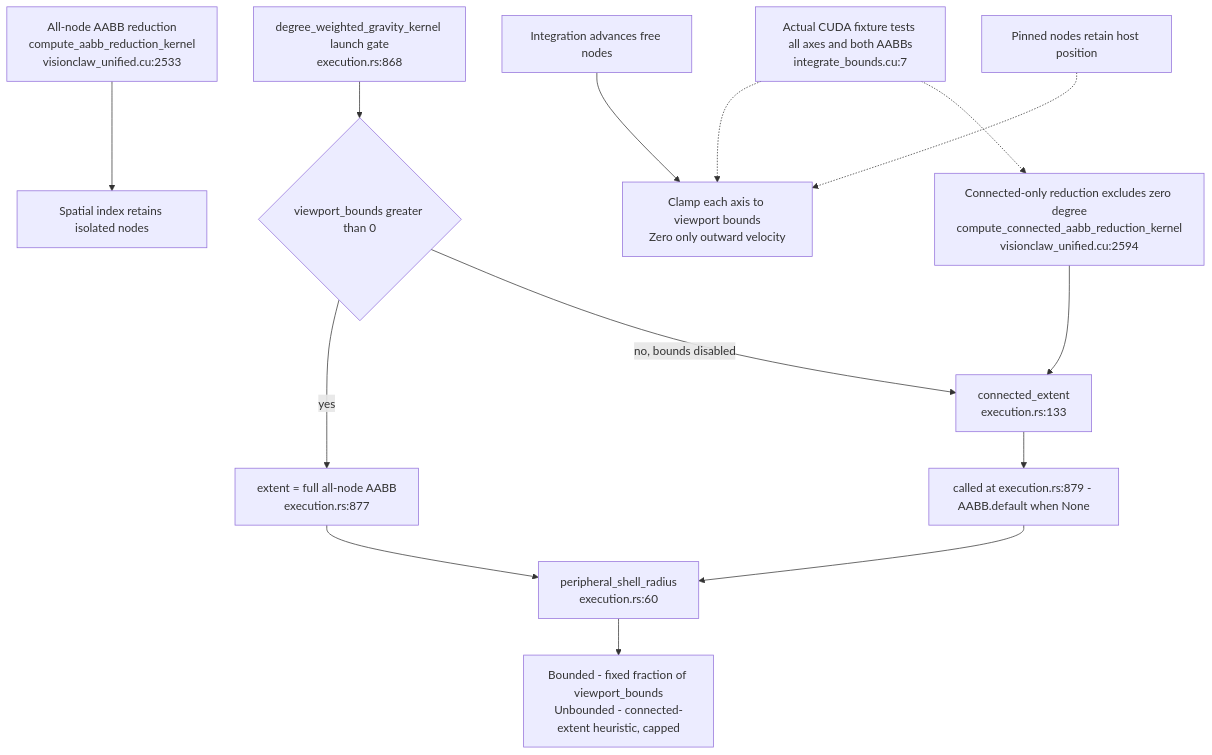
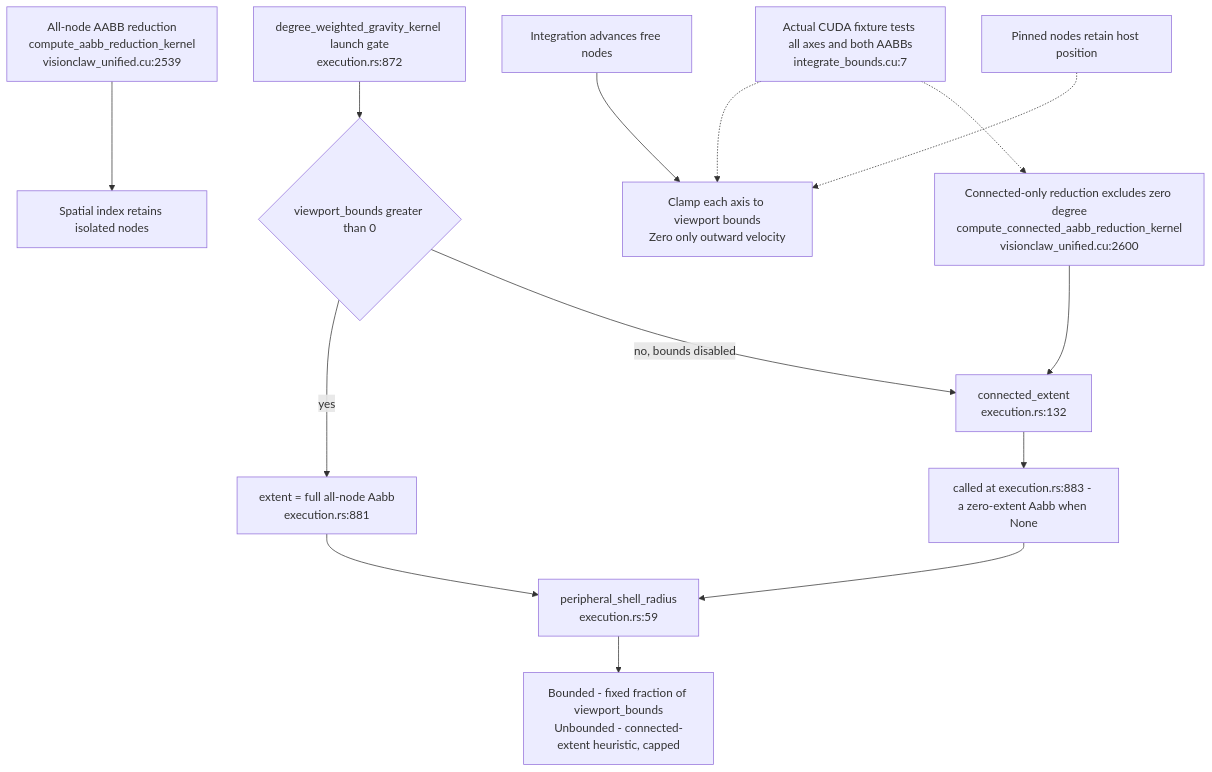
One commit to DreamLab-AI/VisionFlow changed the eighth of 8 diagrams in docs/diagrams/visionclaw/11-physics-step-and-force-channels.md. Above: the diagram before and after it, drawn with Mermaid. The commit also changed other lines of this file and 160 other files, not shown here.

````diff
--- a/docs/diagrams/visionclaw/11-physics-step-and-force-channels.md
+++ b/docs/diagrams/visionclaw/11-physics-step-and-force-channels.md
@@ -296,16 +315,16 @@
 ```mermaid
 flowchart TD
-    All["All-node AABB reduction<br/>compute_aabb_reduction_kernel<br/>visionclaw_unified.cu:2533"] --> Grid["Spatial index retains isolated nodes"]
-    Connected["Connected-only reduction excludes zero degree<br/>compute_connected_aabb_reduction_kernel<br/>visionclaw_unified.cu:2594"] --> Extent["connected_extent<br/>execution.rs:133"]
-    Gate["degree_weighted_gravity_kernel launch gate<br/>execution.rs:868"] --> Branch{"viewport_bounds greater than 0"}
-    Branch -->|yes| Bounded["extent = full all-node AABB<br/>execution.rs:877"]
+    All["All-node AABB reduction<br/>compute_aabb_reduction_kernel<br/>visionclaw_unified.cu:2539"] --> Grid["Spatial index retains isolated nodes"]
+    Connected["Connected-only reduction excludes zero degree<br/>compute_connected_aabb_reduction_kernel<br/>visionclaw_unified.cu:2600"] --> Extent["connected_extent<br/>execution.rs:132"]
+    Gate["degree_weighted_gravity_kernel launch gate<br/>execution.rs:872"] --> Branch{"viewport_bounds greater than 0"}
+    Branch -->|yes| Bounded["extent = full all-node Aabb<br/>execution.rs:881"]
     Branch -->|no, bounds disabled| Extent
-    Extent --> Call["called at execution.rs:879 - AABB.default when None"]
-    Bounded --> Shell["peripheral_shell_radius<br/>execution.rs:60"]
+    Extent --> Call["called at execution.rs:883 - a zero-extent Aabb when None"]
+    Bounded --> Shell["peripheral_shell_radius<br/>execution.rs:59"]
     Call --> Shell
     Shell --> ShellNote["Bounded - fixed fraction of viewport_bounds<br/>Unbounded - connected-extent heuristic, capped"]
     Force["Integration advances free nodes"] --> Clamp["Clamp each axis to viewport bounds<br/>Zero only outward velocity"]
     Pin["Pinned nodes retain host position"] -.-> Clamp
     Test["Actual CUDA fixture tests all axes and both AABBs<br/>integrate_bounds.cu:7"] -.-> Clamp
     Test -.-> Connected
 ```
````
